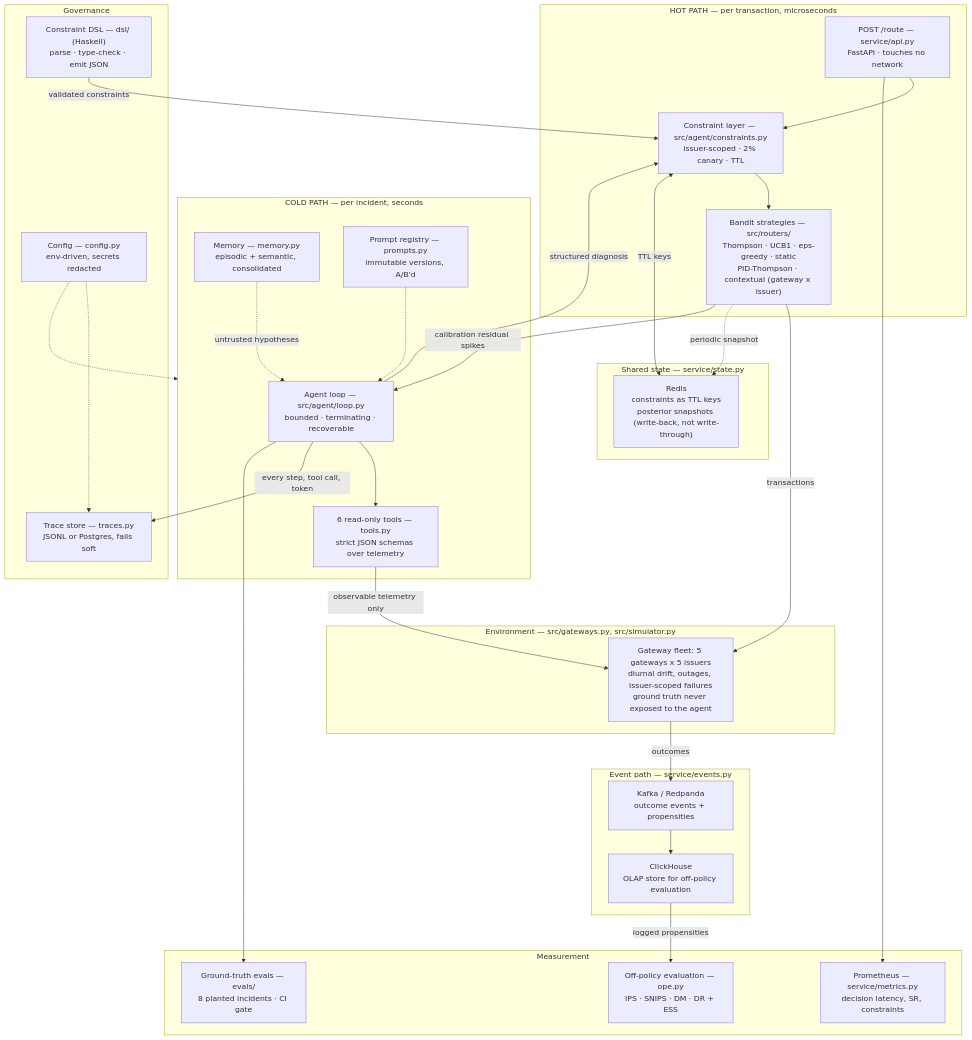
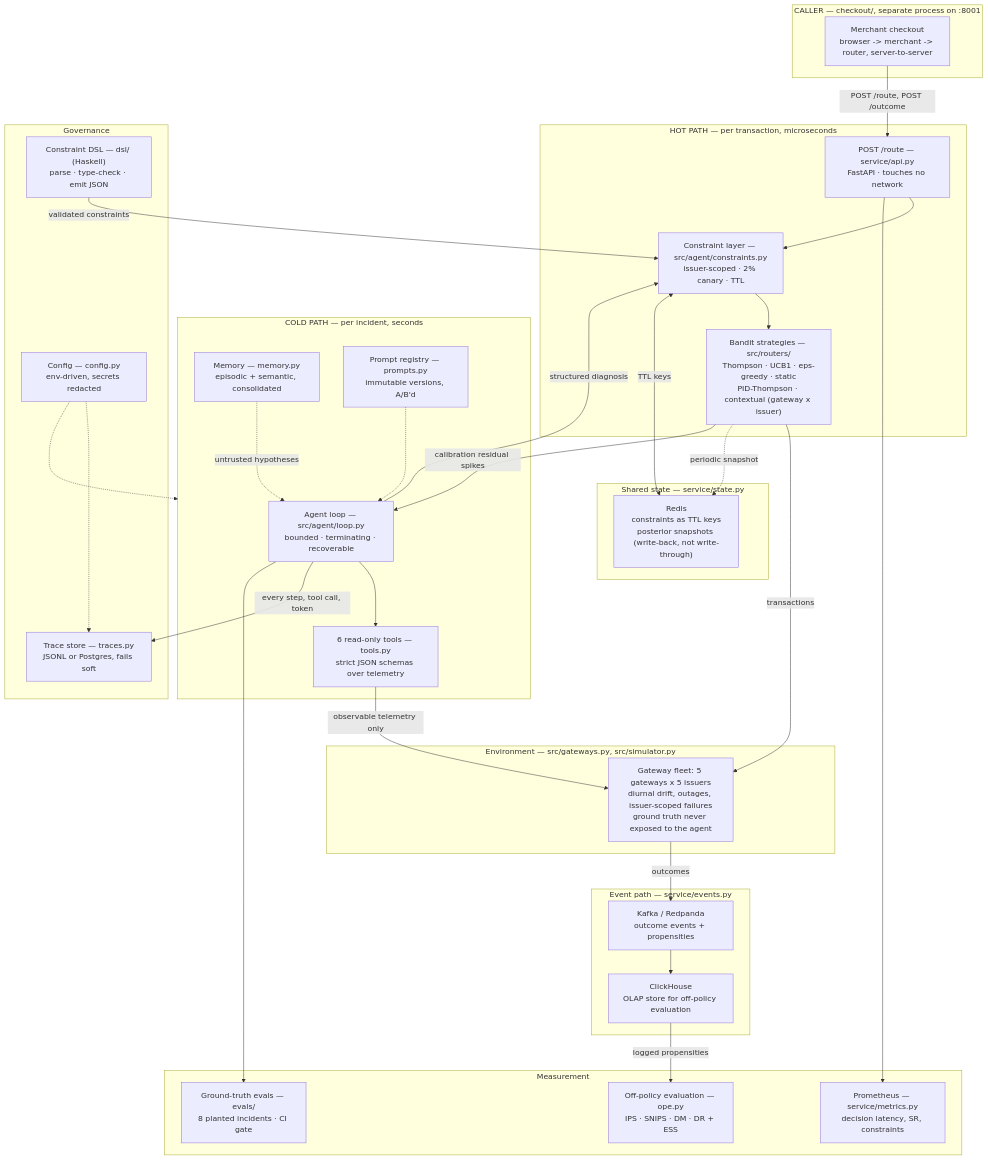
Before and after one commit to ShauryaaSharma/Juspay-Payment-Routing-Optimizer: the diagram in README.md, drawn with Mermaid. The commit also changed other lines of this file, not shown here.

````diff
--- a/README.md
+++ b/README.md
@@ -75,62 +75,67 @@
 ```mermaid
 flowchart TB
+    subgraph CALLER["CALLER — checkout/, separate process on :8001"]
+        SHOP["Merchant checkout<br/>browser -> merchant -> router, server-to-server"]
+    end
+
     subgraph HOT["HOT PATH — per transaction, microseconds"]
         API["POST /route — service/api.py<br/>FastAPI · touches no network"]
         BANDIT["Bandit strategies — src/routers/<br/>Thompson · UCB1 · eps-greedy · static<br/>PID-Thompson · contextual (gateway x issuer)"]
         CONSTRAINT["Constraint layer — src/agent/constraints.py<br/>issuer-scoped · 2% canary · TTL"]
     end
 
     subgraph COLD["COLD PATH — per incident, seconds"]
         LOOP["Agent loop — src/agent/loop.py<br/>bounded · terminating · recoverable"]
         TOOLS["6 read-only tools — tools.py<br/>strict JSON schemas over telemetry"]
         MEM["Memory — memory.py<br/>episodic + semantic, consolidated"]
         PROMPT["Prompt registry — prompts.py<br/>immutable versions, A/B'd"]
     end
 
     subgraph ENV["Environment — src/gateways.py, src/simulator.py"]
         FLEET["Gateway fleet: 5 gateways x 5 issuers<br/>diurnal drift, outages, issuer-scoped failures<br/>ground truth never exposed to the agent"]
     end
 
     subgraph STATE["Shared state — service/state.py"]
         REDIS["Redis<br/>constraints as TTL keys<br/>posterior snapshots (write-back, not write-through)"]
     end
 
     subgraph STREAM["Event path — service/events.py"]
         KAFKA["Kafka / Redpanda<br/>outcome events + propensities"]
         CH["ClickHouse<br/>OLAP store for off-policy evaluation"]
     end
 
     subgraph MEASURE["Measurement"]
         EVALS["Ground-truth evals — evals/<br/>8 planted incidents · CI gate"]
         OPE["Off-policy evaluation — ope.py<br/>IPS · SNIPS · DM · DR + ESS"]
         PROM["Prometheus — service/metrics.py<br/>decision latency, SR, constraints"]
     end
 
     subgraph GOV["Governance"]
         DSL["Constraint DSL — dsl/ (Haskell)<br/>parse · type-check · emit JSON"]
         TRACE["Trace store — traces.py<br/>JSONL or Postgres, fails soft"]
         CONF["Config — config.py<br/>env-driven, secrets redacted"]
     end
 
+    SHOP -->|"POST /route, POST /outcome"| API
     API --> CONSTRAINT
     CONSTRAINT --> BANDIT
     BANDIT -->|transactions| FLEET
     FLEET -->|outcomes| KAFKA
     KAFKA --> CH
     CH -->|logged propensities| OPE
     CONSTRAINT <-->|TTL keys| REDIS
     BANDIT -.->|periodic snapshot| REDIS
     API --> PROM
 
     BANDIT -->|"calibration residual spikes"| LOOP
     LOOP --> TOOLS
     TOOLS -->|"observable telemetry only"| FLEET
     MEM -.->|untrusted hypotheses| LOOP
     PROMPT -.-> LOOP
     LOOP -->|structured diagnosis| CONSTRAINT
     LOOP -->|every step, tool call, token| TRACE
     LOOP --> EVALS
     DSL -->|validated constraints| CONSTRAINT
     CONF -.-> COLD
     CONF -.-> TRACE
 ```
````
